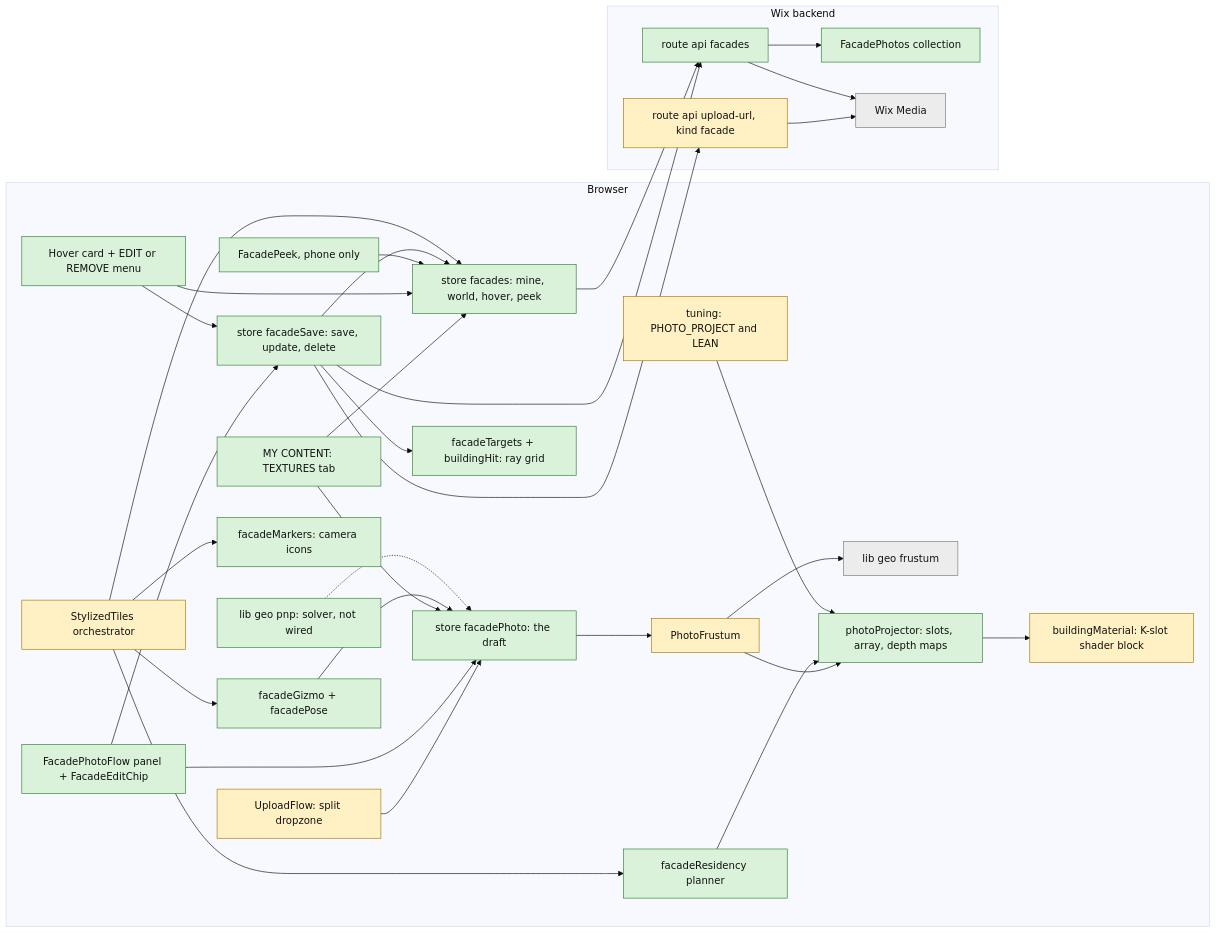
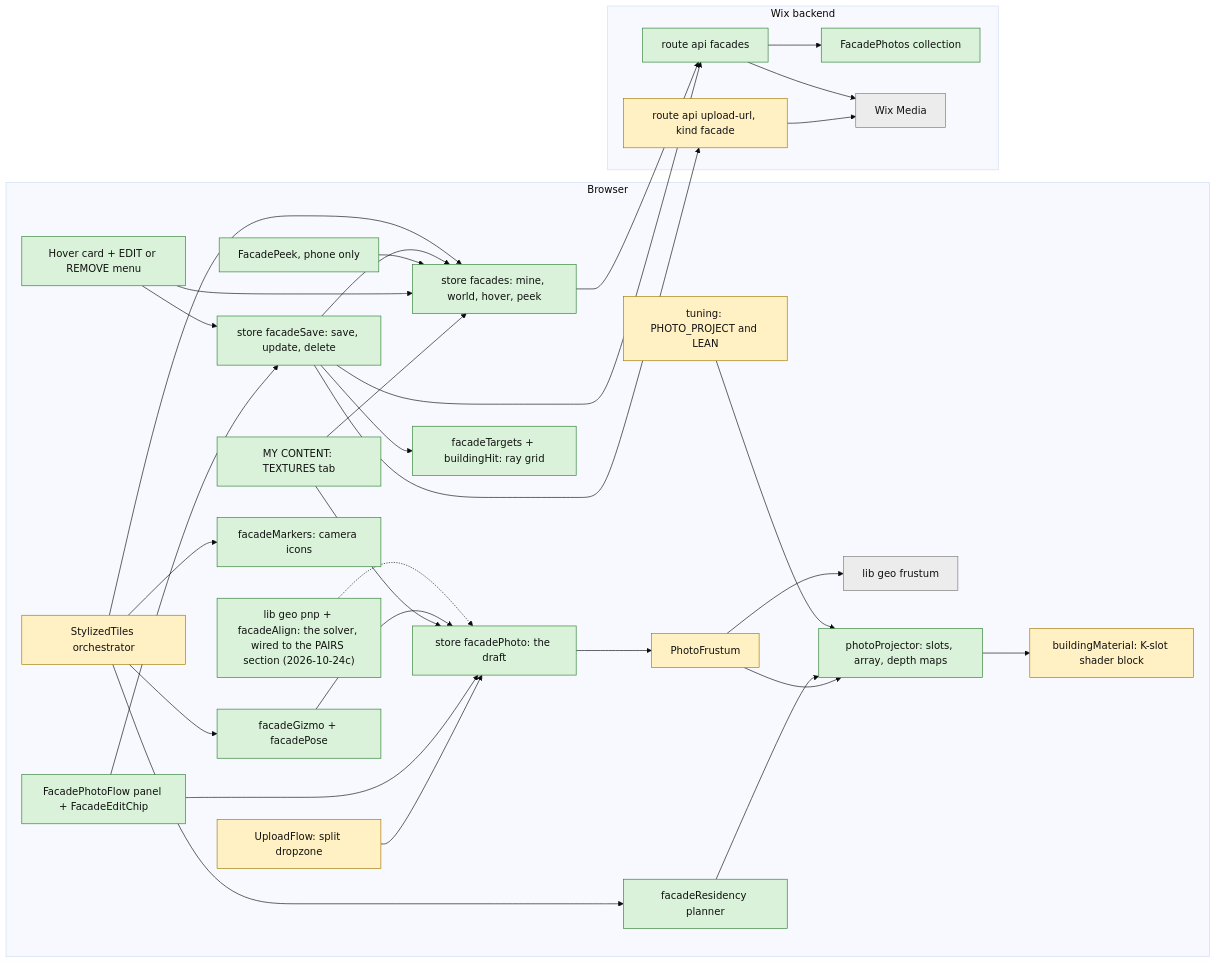
One commit to sukhov-work/frame-the-world changed the diagram in .claude/claude-docs/rendering/ADR_BUILDING_TEXTURES_2026-10-23.md. Above: the diagram before and after it, drawn with Mermaid (base theme). The commit also changed other lines of this file and 33 other files, not shown here.

````diff
--- a/.claude/claude-docs/rendering/ADR_BUILDING_TEXTURES_2026-10-23.md
+++ b/.claude/claude-docs/rendering/ADR_BUILDING_TEXTURES_2026-10-23.md
@@ -160,61 +165,61 @@
 ```mermaid
 flowchart LR
   subgraph browser["Browser"]
     UF["UploadFlow: split dropzone"]:::changed
     FPF["FacadePhotoFlow panel + FacadeEditChip"]:::new
     MC["MY CONTENT: TEXTURES tab"]:::new
     HM["Hover card + EDIT or REMOVE menu"]:::new
     PK["FacadePeek, phone only"]:::new
     SP["store facadePhoto: the draft"]:::new
     SS["store facadeSave: save, update, delete"]:::new
     SF["store facades: mine, world, hover, peek"]:::new
     ORC["StylizedTiles orchestrator"]:::changed
     GZ["facadeGizmo + facadePose"]:::new
     PF["PhotoFrustum"]:::changed
     FR["lib geo frustum"]:::unchanged
     RES["facadeResidency planner"]:::new
     PP["photoProjector: slots, array, depth maps"]:::new
     MK["facadeMarkers: camera icons"]:::new
     BM["buildingMaterial: K-slot shader block"]:::changed
     TG["facadeTargets + buildingHit: ray grid"]:::new
-    PNP["lib geo pnp: solver, not wired"]:::new
+    PNP["lib geo pnp + facadeAlign: the solver, wired to the PAIRS section (2026-10-24c)"]:::new
     TU["tuning: PHOTO_PROJECT and LEAN"]:::changed
   end
   subgraph wix["Wix backend"]
     API["route api facades"]:::new
     UU["route api upload-url, kind facade"]:::changed
     COL["FacadePhotos collection"]:::new
     MED["Wix Media"]:::unchanged
   end
   UF --> SP
   FPF --> SP
   FPF --> SS
   MC --> SP
   MC --> SF
   HM --> SF
   HM --> SS
   PK --> SF
   SS --> TG
   SS --> UU
   SS --> API
   SS --> SF
   UU --> MED
   API --> COL
   API --> MED
   SF --> API
   ORC --> SF
   ORC --> RES
   ORC --> MK
   ORC --> GZ
   GZ --> SP
   SP --> PF
   PF --> FR
   PF --> PP
   RES --> PP
   PP --> BM
   TU --> PP
   PNP -.-> SP
   classDef new fill:#d9f2d9,stroke:#2e7d32,color:#111
   classDef changed fill:#fff1c4,stroke:#a07800,color:#111
   classDef unchanged fill:#ececec,stroke:#777,color:#111
 ```
````
